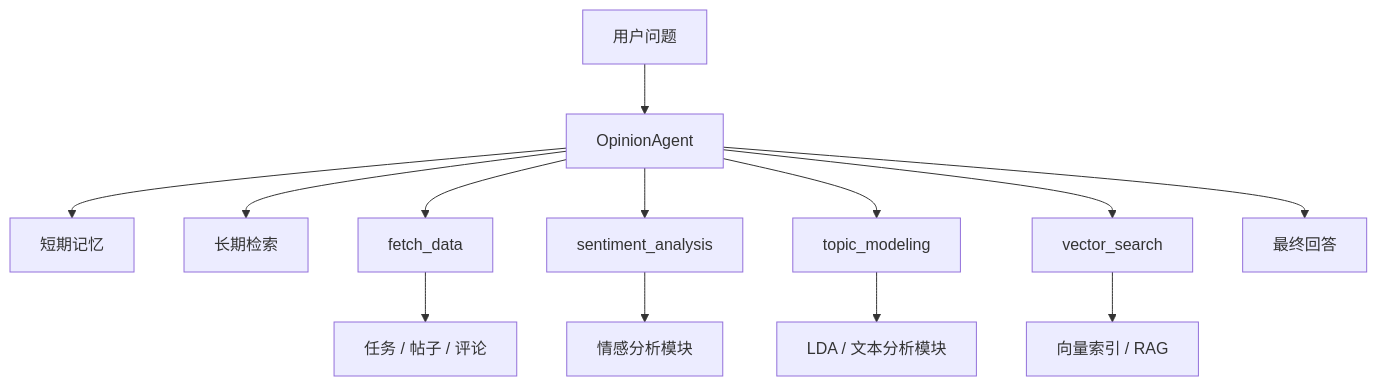
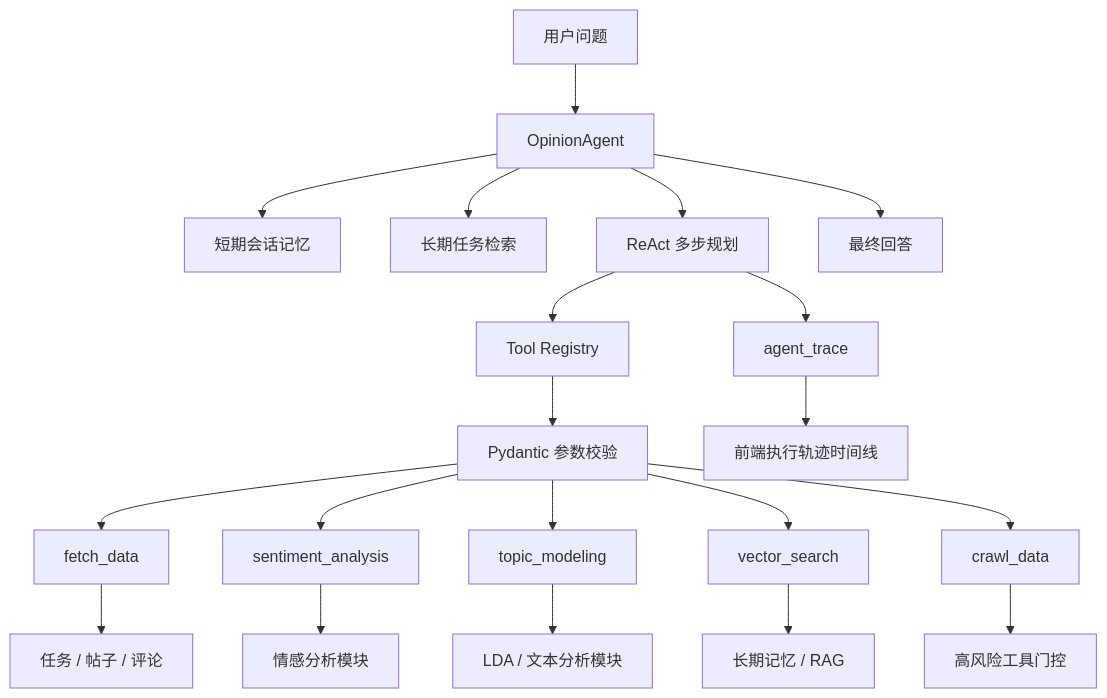
Before and after one commit to meichungen/rag-llm-opinion-analysis-system: the diagram in README.md, drawn with Mermaid. The commit also changed other lines of this file, not shown here.

Commit message:
docs: update project readme for agent capabilities

````diff
--- a/README.md
+++ b/README.md
@@ -49,15 +64,22 @@
 ```mermaid
 flowchart TD
-    U[用户问题] --> A[OpinionAgent]
-    A --> M1[短期记忆]
-    A --> M2[长期检索]
-    A --> T1[fetch_data]
-    A --> T2[sentiment_analysis]
-    A --> T3[topic_modeling]
-    A --> T4[vector_search]
-    T1 --> S1[任务 / 帖子 / 评论]
-    T2 --> S2[情感分析模块]
-    T3 --> S3[LDA / 文本分析模块]
-    T4 --> S4[向量索引 / RAG]
-    A --> R[最终回答]
+    U["用户问题"] --> A["OpinionAgent"]
+    A --> M1["短期会话记忆"]
+    A --> M2["长期任务检索"]
+    A --> P["ReAct 多步规划"]
+    P --> TR["Tool Registry"]
+    TR --> V["Pydantic 参数校验"]
+    V --> T1["fetch_data"]
+    V --> T2["sentiment_analysis"]
+    V --> T3["topic_modeling"]
+    V --> T4["vector_search"]
+    V --> T5["crawl_data"]
+    T1 --> D1["任务 / 帖子 / 评论"]
+    T2 --> D2["情感分析模块"]
+    T3 --> D3["LDA / 文本分析模块"]
+    T4 --> D4["长期记忆 / RAG"]
+    T5 --> G["高风险工具门控"]
+    P --> Trace["agent_trace"]
+    Trace --> UI["前端执行轨迹时间线"]
+    A --> R["最终回答"]
 ```
````
